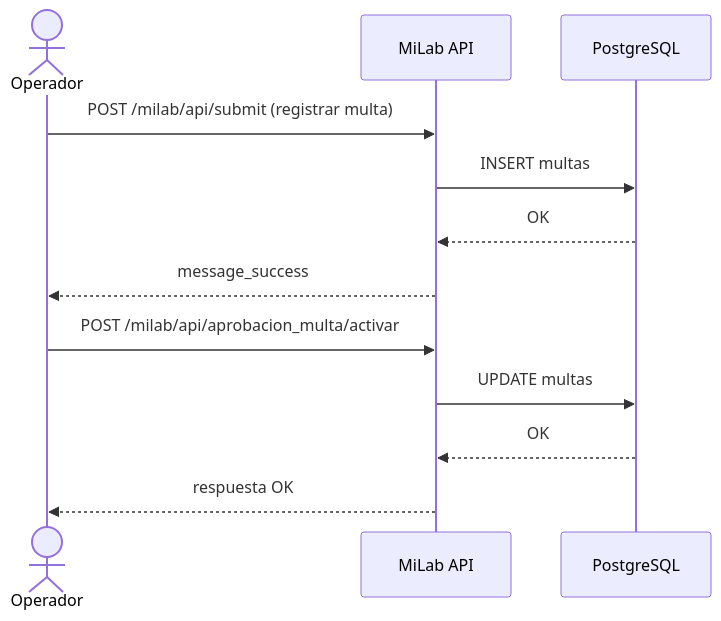
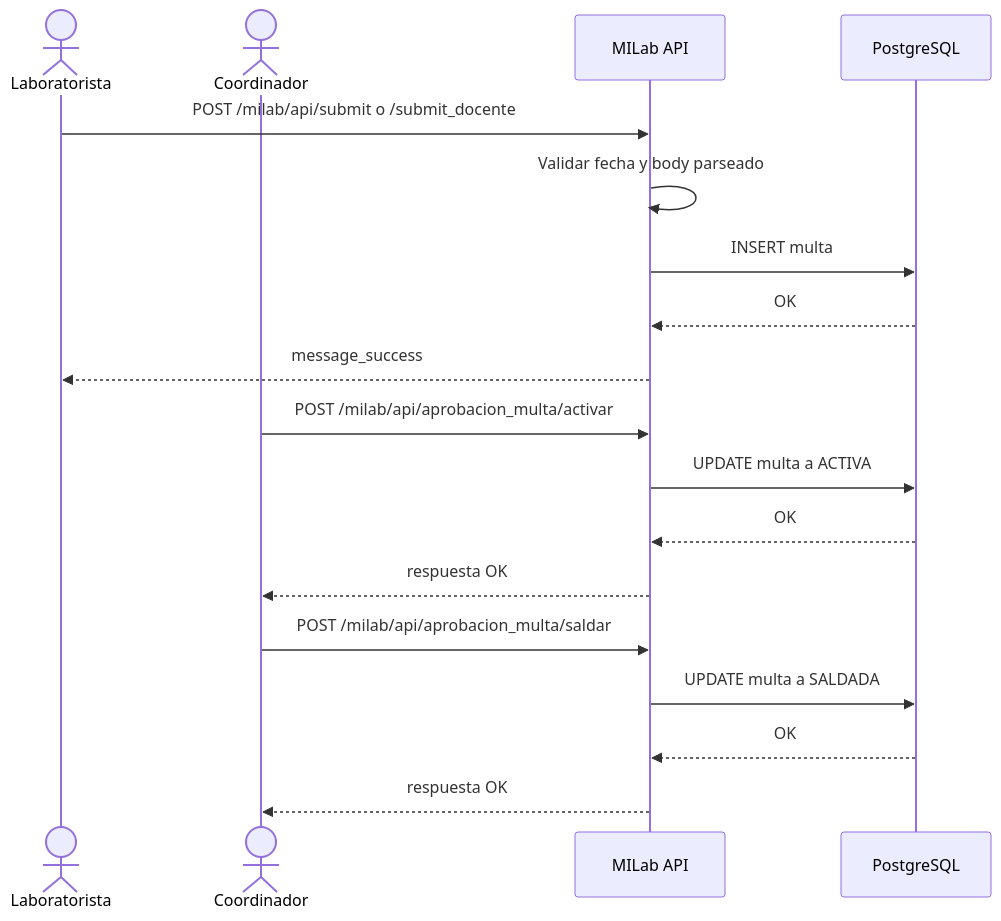
One commit to udistrital/milab changed the third of 5 diagrams in docs/architecture/sequences.md. Above: the diagram before and after it, drawn with Mermaid. The commit also changed other lines of this file and 129 other files, not shown here.

````diff
--- a/docs/architecture/sequences.md
+++ b/docs/architecture/sequences.md
@@ -49,16 +49,23 @@
 ```mermaid
 sequenceDiagram
-  actor Operador
-  participant Web as MiLab API
+  actor Laboratorista
+  actor Coordinador
+  participant Web as MILab API
   participant DB as PostgreSQL
 
-  Operador->>Web: POST /milab/api/submit (registrar multa)
-  Web->>DB: INSERT multas
+  Laboratorista->>Web: POST /milab/api/submit o /submit_docente
+  Web->>Web: Validar fecha y body parseado
+  Web->>DB: INSERT multa
   DB-->>Web: OK
-  Web-->>Operador: message_success
+  Web-->>Laboratorista: message_success
 
-  Operador->>Web: POST /milab/api/aprobacion_multa/activar
-  Web->>DB: UPDATE multas
+  Coordinador->>Web: POST /milab/api/aprobacion_multa/activar
+  Web->>DB: UPDATE multa a ACTIVA
   DB-->>Web: OK
-  Web-->>Operador: respuesta OK
+  Web-->>Coordinador: respuesta OK
+
+  Coordinador->>Web: POST /milab/api/aprobacion_multa/saldar
+  Web->>DB: UPDATE multa a SALDADA
+  DB-->>Web: OK
+  Web-->>Coordinador: respuesta OK
 ```
````
